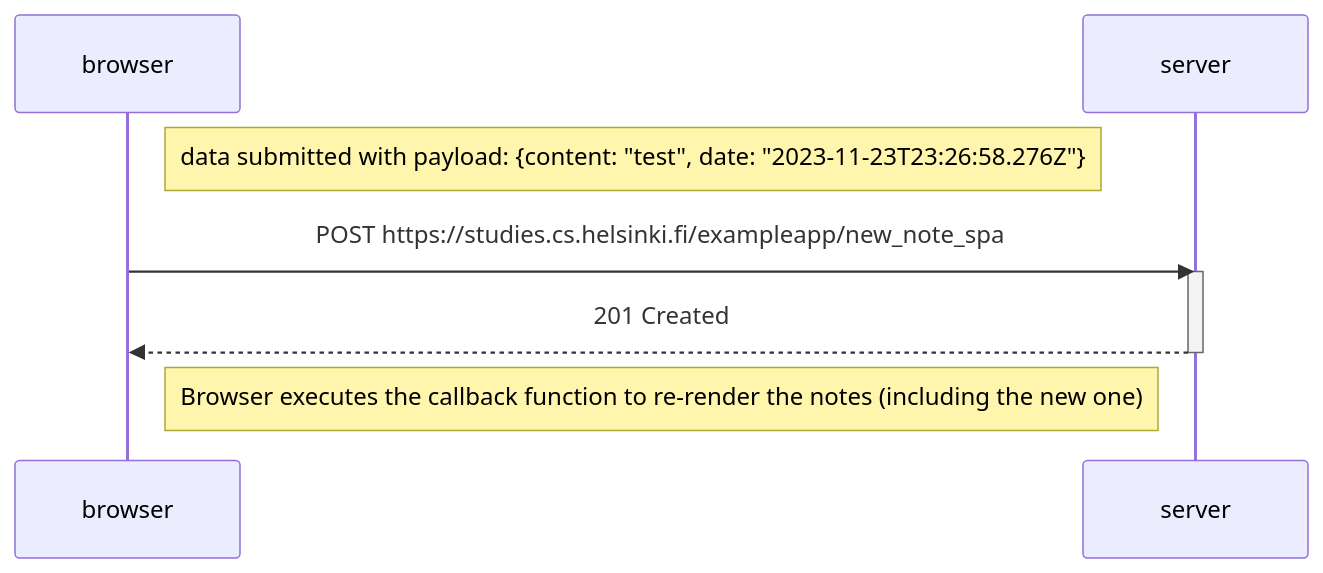
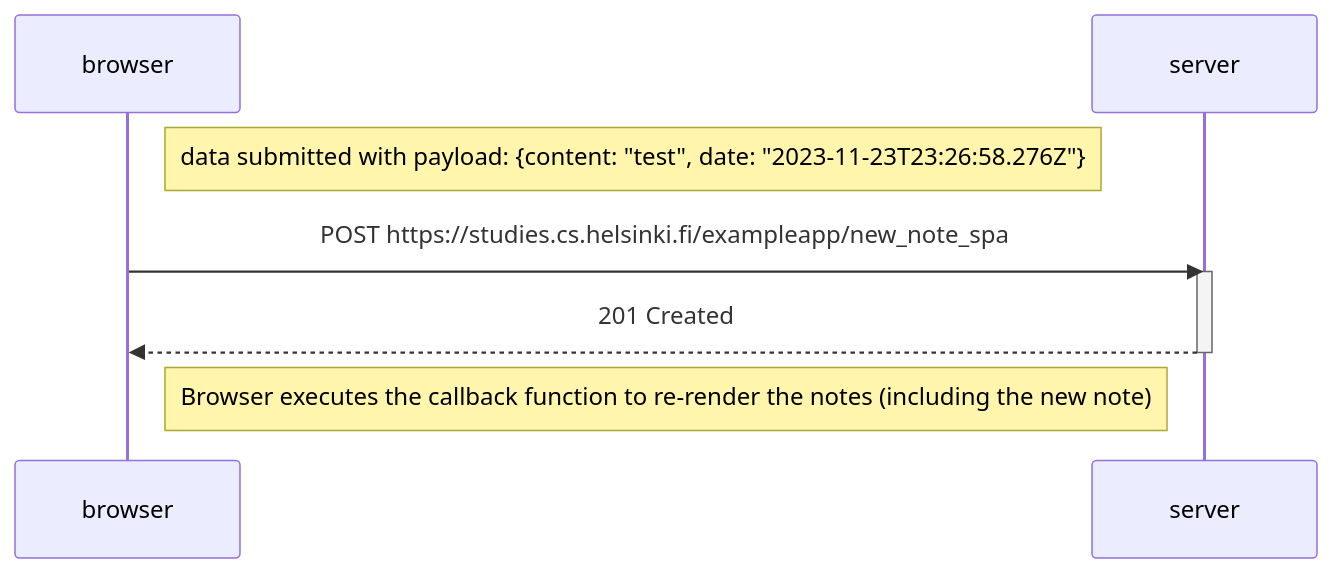
One commit to ismailvohra/fullstackopen changed the diagram in part0/0.6_new_note_in_single_page_app_diagram.md. Above: the diagram before and after it, drawn with Mermaid.

````diff
--- a/part0/0.6_new_note_in_single_page_app_diagram.md
+++ b/part0/0.6_new_note_in_single_page_app_diagram.md
@@ -1,16 +1,16 @@
 ```mermaid
 sequenceDiagram
     participant browser
     participant server
 
     Note right of browser: data submitted with payload: {content: "test", date: "2023-11-23T23:26:58.276Z"}
 
 
     browser->>server: POST https://studies.cs.helsinki.fi/exampleapp/new_note_spa
     activate server
     server-->>browser: 201 Created
     deactivate server
 
-    Note right of browser: Browser executes the callback function to re-render the notes (including the new one)
+    Note right of browser: Browser executes the callback function to re-render the notes (including the new note)
 
 ```
````
